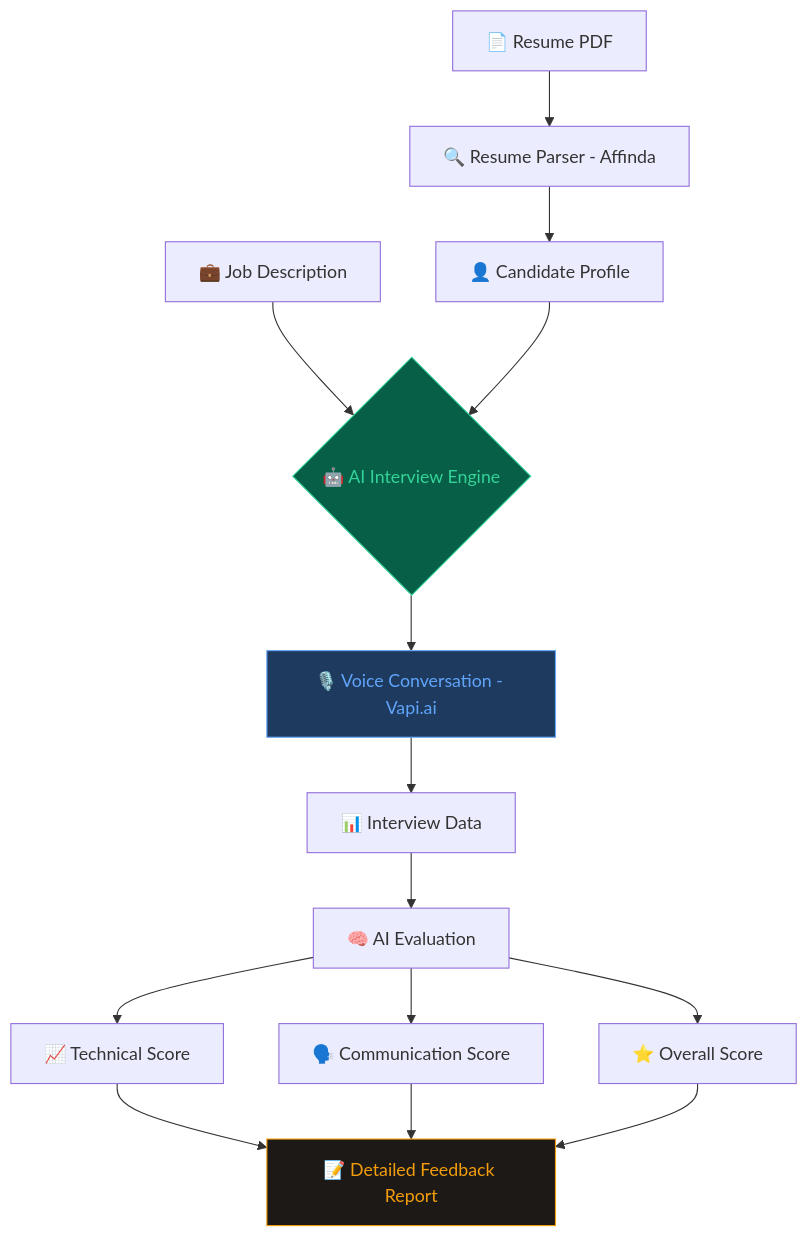
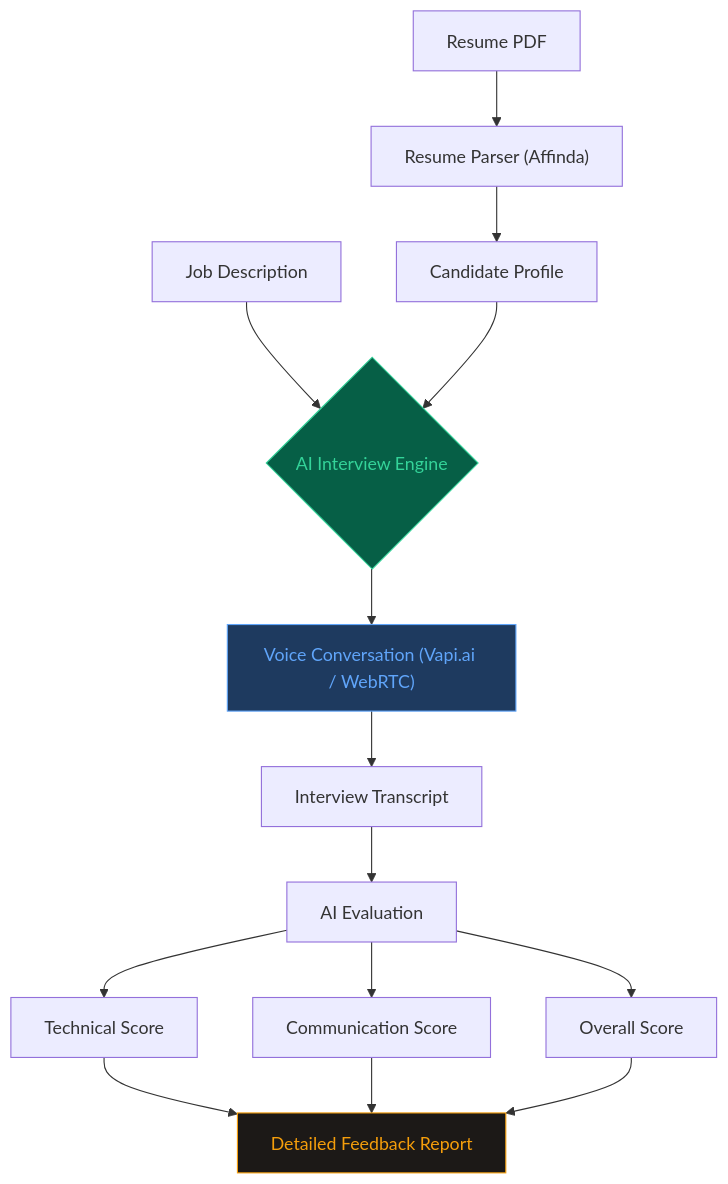
One commit to Piyush6046/Piyush6046 changed the second of 6 diagrams in README.md. Above: the diagram before and after it, drawn with Mermaid. The commit also changed other lines of this file, not shown here.

````diff
--- a/README.md
+++ b/README.md
@@ -234,18 +153,20 @@
 ```mermaid
 flowchart TD
-    A[📄 Resume PDF] --> B[🔍 Resume Parser - Affinda]
-    B --> C[👤 Candidate Profile]
-    D[💼 Job Description] --> E{🤖 AI Interview Engine}
+    A["Resume PDF"] --> B["Resume Parser (Affinda)"]
+    B --> C["Candidate Profile"]
+    D["Job Description"] --> E{"AI Interview Engine"}
     C --> E
-    E --> F[🎙️ Voice Conversation - Vapi.ai]
-    F --> G[📊 Interview Data]
-    G --> H[🧠 AI Evaluation]
-    H --> I[📈 Technical Score]
-    H --> J[🗣️ Communication Score]
-    H --> K[⭐ Overall Score]
-    I & J & K --> L[📝 Detailed Feedback Report]
+    E --> F["Voice Conversation (Vapi.ai / WebRTC)"]
+    F --> G["Interview Transcript"]
+    G --> H["AI Evaluation"]
+    H --> I["Technical Score"]
+    H --> J["Communication Score"]
+    H --> K["Overall Score"]
+    I --> L["Detailed Feedback Report"]
+    J --> L
+    K --> L
 
     style E fill:#065f46,color:#34d399,stroke:#34d399
     style F fill:#1e3a5f,color:#60a5fa,stroke:#60a5fa
     style L fill:#1c1917,color:#f59e0b,stroke:#f59e0b
 ```
````
